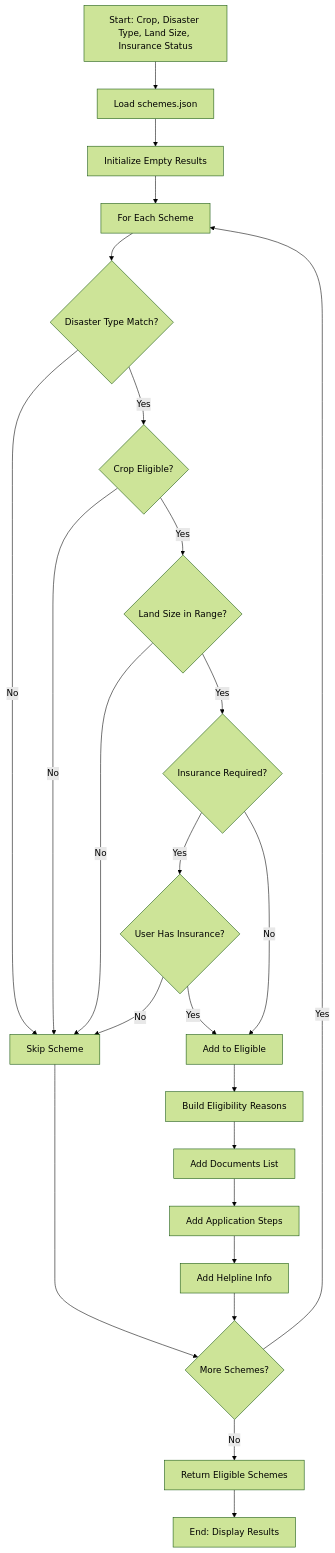
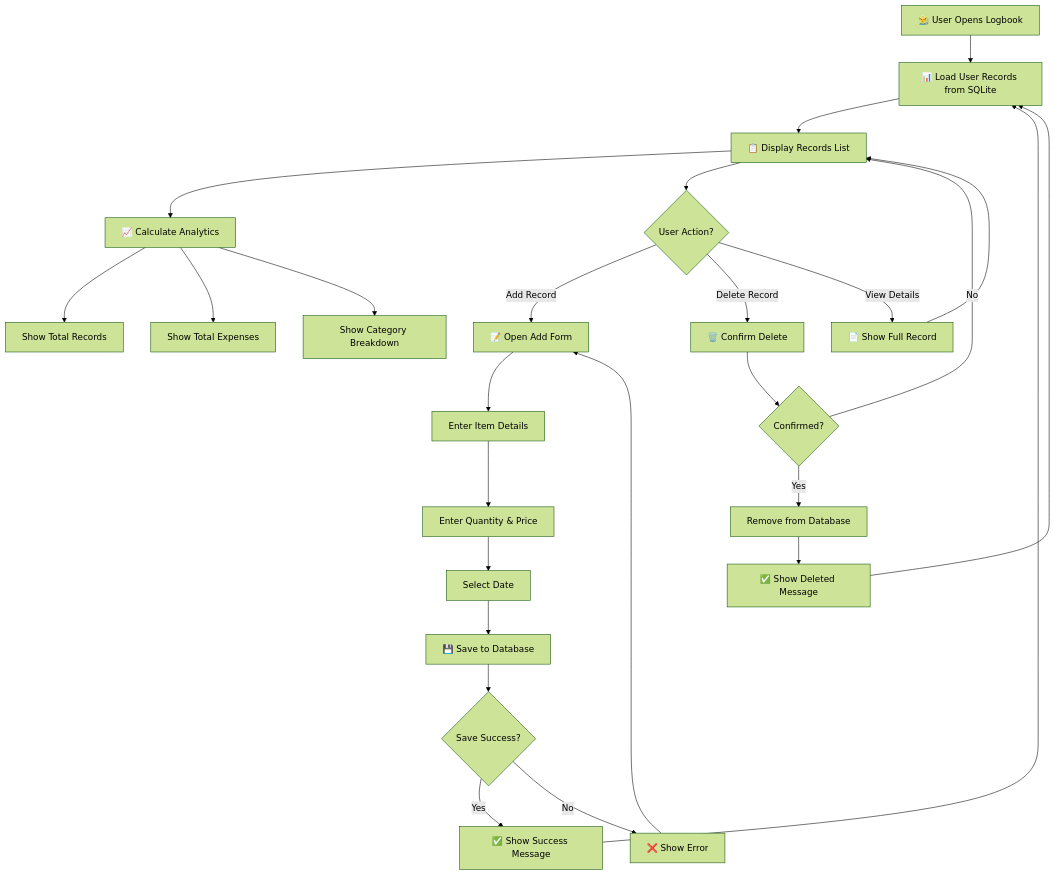
The fourth of 6 diagrams in README.md (dharanishvijayakumar7-lgtm/cropPilot), drawn with Mermaid (forest theme) before and after one commit. The commit also changed other lines of this file and 1 other file, not shown here.

````diff
--- a/README.md
+++ b/README.md
@@ -330,36 +434,33 @@
 ```mermaid
 flowchart TD
-    A[Start: Crop, Disaster Type, Land Size, Insurance Status] --> B[Load schemes.json]
+    A[👨‍🌾 User Opens Logbook] --> B[📊 Load User Records from SQLite]
+    B --> C[📋 Display Records List]
+    C --> D[📈 Calculate Analytics]
     
-    B --> C[Initialize Empty Results]
-    C --> D[For Each Scheme]
+    D --> E[Show Total Records]
+    D --> F[Show Total Expenses]
+    D --> G[Show Category Breakdown]
     
-    D --> E{Disaster Type Match?}
-    E -->|No| F[Skip Scheme]
-    E -->|Yes| G{Crop Eligible?}
+    C --> H{User Action?}
     
-    G -->|No| F
-    G -->|Yes| H{Land Size in Range?}
+    H -->|Add Record| I[📝 Open Add Form]
+    I --> J[Enter Item Details]
+    J --> K[Enter Quantity & Price]
+    K --> L[Select Date]
+    L --> M[💾 Save to Database]
+    M --> N{Save Success?}
+    N -->|Yes| O[✅ Show Success Message]
+    N -->|No| P[❌ Show Error]
+    O --> B
+    P --> I
     
-    H -->|No| F
-    H -->|Yes| I{Insurance Required?}
+    H -->|Delete Record| Q[🗑️ Confirm Delete]
+    Q --> R{Confirmed?}
+    R -->|Yes| S[Remove from Database]
+    R -->|No| C
+    S --> T[✅ Show Deleted Message]
+    T --> B
     
-    I -->|Yes| J{User Has Insurance?}
-    I -->|No| K[Add to Eligible]
-    
-    J -->|No| F
-    J -->|Yes| K
-    
-    K --> L[Build Eligibility Reasons]
-    L --> M[Add Documents List]
-    M --> N[Add Application Steps]
-    N --> O[Add Helpline Info]
-    
-    O --> P{More Schemes?}
-    F --> P
-    
-    P -->|Yes| D
-    P -->|No| Q[Return Eligible Schemes]
-    
-    Q --> R[End: Display Results]
+    H -->|View Details| U[📄 Show Full Record]
+    U --> C
 ```
````
